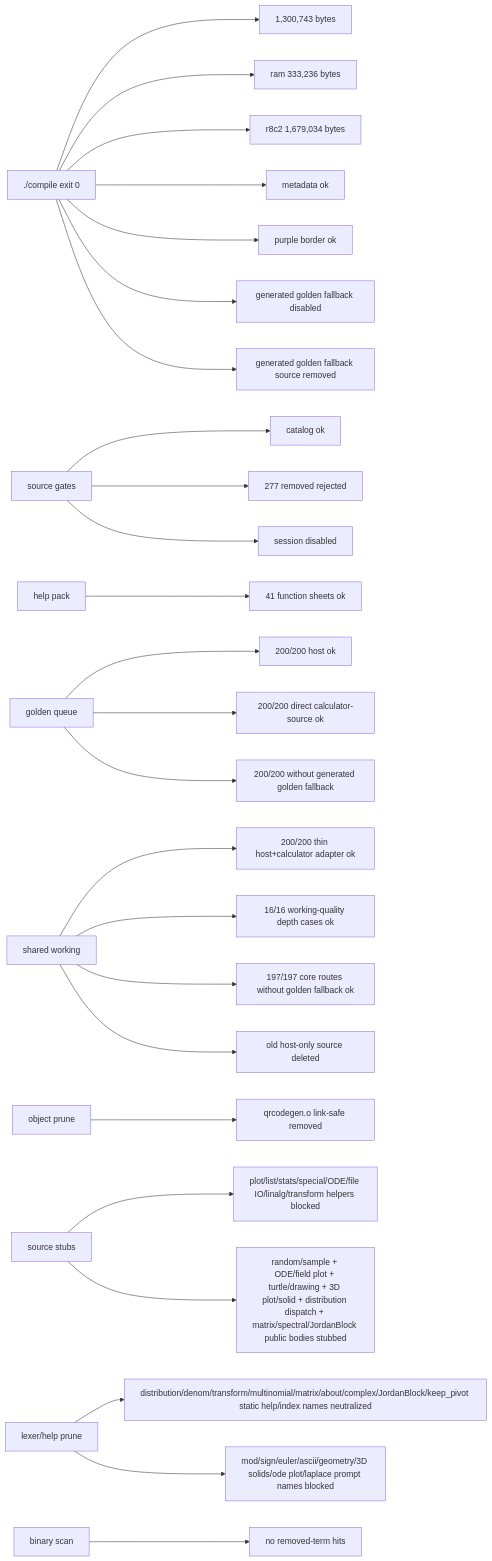
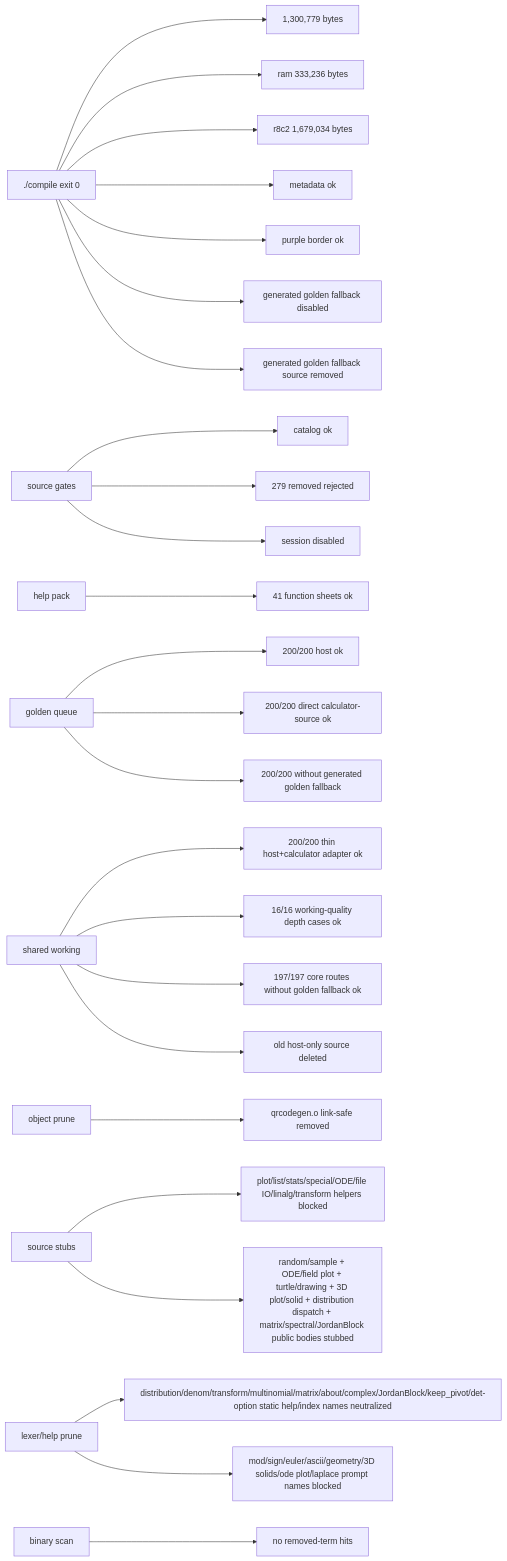
Before and after one commit to james8464/notes-addin-casio-fx-cg50: the seventh of 7 diagrams in docs/GRAPH.md, drawn with Mermaid. The commit also changed other lines of this file and 7 other files, not shown here.

````diff
--- a/docs/GRAPH.md
+++ b/docs/GRAPH.md
@@ -170,27 +170,27 @@
 ```mermaid
 graph LR
-  Build["./compile exit 0"] --> Size["1,300,743 bytes"]
+  Build["./compile exit 0"] --> Size["1,300,779 bytes"]
   Build --> Ram["ram 333,236 bytes"]
   Build --> R8C2["r8c2 1,679,034 bytes"]
   Build --> Meta["metadata ok"]
   Build --> Border["purple border ok"]
   Build --> NoRuntimeFallback["generated golden fallback disabled"]
   Build --> NoRuntimeSource["generated golden fallback source removed"]
   Source["source gates"] --> Catalog["catalog ok"]
-  Source --> Removed["277 removed rejected"]
+  Source --> Removed["279 removed rejected"]
   Source --> Session["session disabled"]
   Help["help pack"] --> HelpQ["41 function sheets ok"]
   Queue["golden queue"] --> QueueRun["200/200 host ok"]
   Queue --> GoldenRun["200/200 direct calculator-source ok"]
   Queue --> NoGolden["200/200 without generated golden fallback"]
   Shared["shared working"] --> SharedRun["200/200 thin host+calculator adapter ok"]
   Shared --> WorkQ["16/16 working-quality depth cases ok"]
   Shared --> CoreRun["197/197 core routes without golden fallback ok"]
   Shared --> NoHostSrc["old host-only source deleted"]
   Obj["object prune"] --> QR["qrcodegen.o link-safe removed"]
   Macro["source stubs"] --> Stubbed["plot/list/stats/special/ODE/file IO/linalg/transform helpers blocked"]
   Macro --> RuntimeStubbed["random/sample + ODE/field plot + turtle/drawing + 3D plot/solid + distribution dispatch + matrix/spectral/JordanBlock public bodies stubbed"]
-  Static["lexer/help prune"] --> StaticRun["distribution/denom/transform/multinomial/matrix/about/complex/JordanBlock/keep_pivot static help/index names neutralized"]
+  Static["lexer/help prune"] --> StaticRun["distribution/denom/transform/multinomial/matrix/about/complex/JordanBlock/keep_pivot/det-option static help/index names neutralized"]
   Static --> PromptRun["mod/sign/euler/ascii/geometry/3D solids/ode plot/laplace prompt names blocked"]
   Bin["binary scan"] --> NoLeak["no removed-term hits"]
 ```
````
